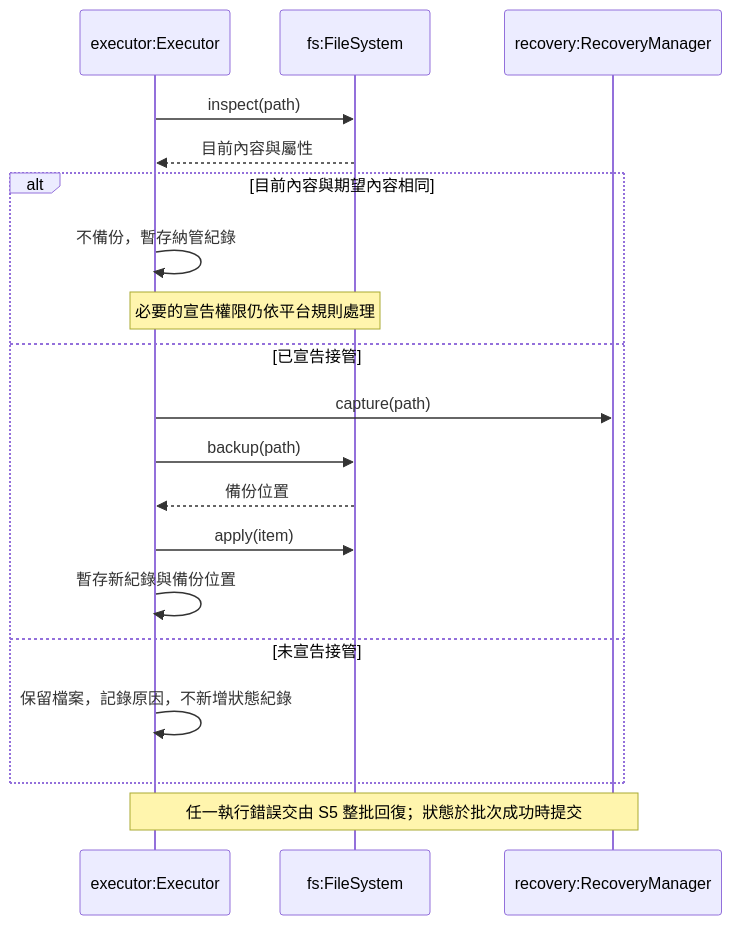
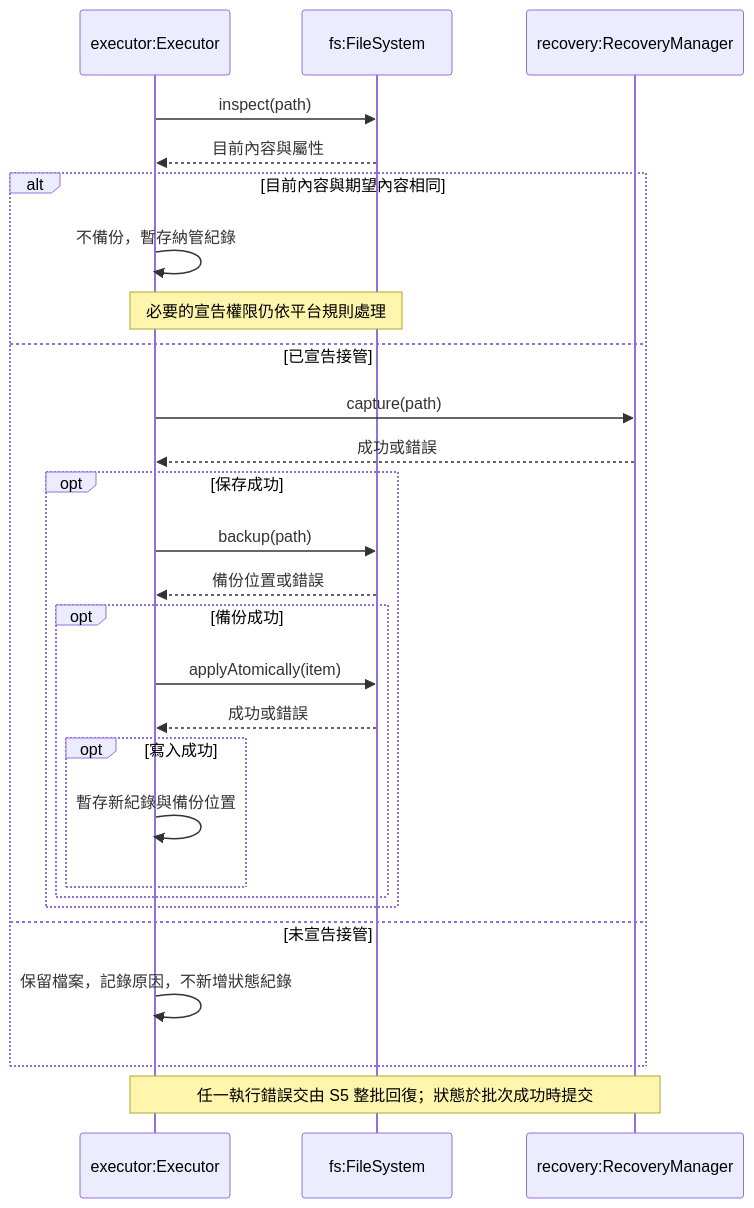
Before and after one commit to accidental-two-timer-sam-woof/rosamta-waterfall: the sixth of 10 diagrams in docs/03-preliminary-design/uml.md, drawn with Mermaid. The commit also changed other lines of this file, not shown here.

Commit message:
docs: fix UML consistency with SRS

````diff
--- a/docs/03-preliminary-design/uml.md
+++ b/docs/03-preliminary-design/uml.md
@@ -272,21 +271,29 @@
 ```mermaid
 sequenceDiagram
     participant E as executor:Executor
     participant F as fs:FileSystem
     participant R as recovery:RecoveryManager
     E->>F: inspect(path)
     F-->>E: 目前內容與屬性
     alt 目前內容與期望內容相同
         E->>E: 不備份，暫存納管紀錄
         Note over E,F: 必要的宣告權限仍依平台規則處理
     else 已宣告接管
         E->>R: capture(path)
-        E->>F: backup(path)
-        F-->>E: 備份位置
-        E->>F: apply(item)
-        E->>E: 暫存新紀錄與備份位置
+        R-->>E: 成功或錯誤
+        opt 保存成功
+            E->>F: backup(path)
+            F-->>E: 備份位置或錯誤
+            opt 備份成功
+                E->>F: applyAtomically(item)
+                F-->>E: 成功或錯誤
+                opt 寫入成功
+                    E->>E: 暫存新紀錄與備份位置
+                end
+            end
+        end
     else 未宣告接管
         E->>E: 保留檔案，記錄原因，不新增狀態紀錄
     end
     Note over E,R: 任一執行錯誤交由 S5 整批回復；狀態於批次成功時提交
 ```
````
